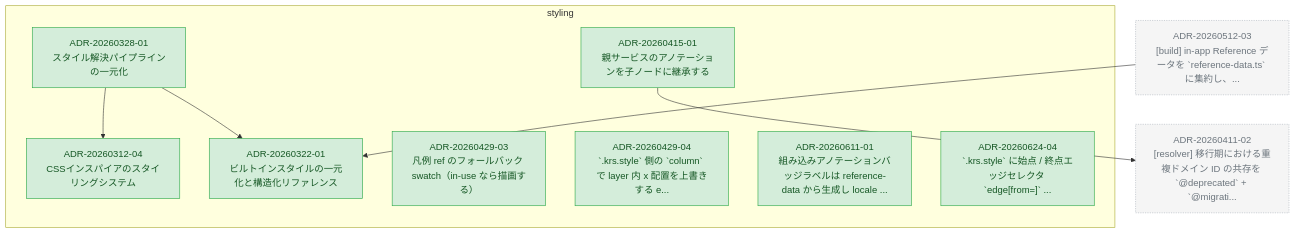
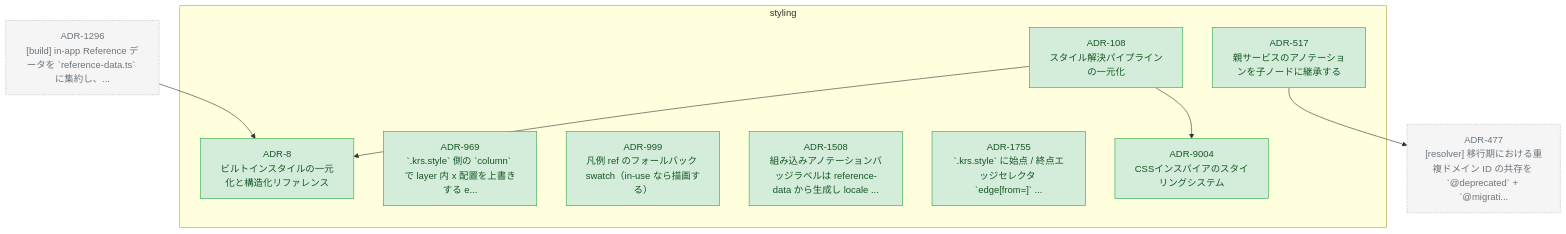
One commit to kompiro/karasu changed the diagram in docs/adr/graph/styling.md. Above: the diagram before and after it, drawn with Mermaid. The commit also changed 836 other files, not shown here.

````diff
--- a/docs/adr/graph/styling.md
+++ b/docs/adr/graph/styling.md
@@ -6,36 +6,36 @@
 ```mermaid
 flowchart TD
   subgraph styling["styling"]
-    ADR_20260312_04["ADR-20260312-04<br/>CSSインスパイアのスタイリングシステム"]
-    ADR_20260322_01["ADR-20260322-01<br/>ビルトインスタイルの一元化と構造化リファレンス"]
-    ADR_20260328_01["ADR-20260328-01<br/>スタイル解決パイプラインの一元化"]
-    ADR_20260415_01["ADR-20260415-01<br/>親サービスのアノテーションを子ノードに継承する"]
-    ADR_20260429_03["ADR-20260429-03<br/>凡例 ref のフォールバック swatch（in-use なら描画する）"]
-    ADR_20260429_04["ADR-20260429-04<br/>`.krs.style` 側の `column` で layer 内 x 配置を上書きする e..."]
-    ADR_20260611_01["ADR-20260611-01<br/>組み込みアノテーションバッジラベルは reference-data から生成し locale ..."]
-    ADR_20260624_04["ADR-20260624-04<br/>`.krs.style` に始点 / 終点エッジセレクタ `edge[from=<id>]` ..."]
+    ADR_8["ADR-8<br/>ビルトインスタイルの一元化と構造化リファレンス"]
+    ADR_108["ADR-108<br/>スタイル解決パイプラインの一元化"]
+    ADR_517["ADR-517<br/>親サービスのアノテーションを子ノードに継承する"]
+    ADR_969["ADR-969<br/>`.krs.style` 側の `column` で layer 内 x 配置を上書きする e..."]
+    ADR_999["ADR-999<br/>凡例 ref のフォールバック swatch（in-use なら描画する）"]
+    ADR_1508["ADR-1508<br/>組み込みアノテーションバッジラベルは reference-data から生成し locale ..."]
+    ADR_1755["ADR-1755<br/>`.krs.style` に始点 / 終点エッジセレクタ `edge[from=<id>]` ..."]
+    ADR_9004["ADR-9004<br/>CSSインスパイアのスタイリングシステム"]
   end
-  ADR_20260411_02["ADR-20260411-02<br/>[resolver] 移行期における重複ドメイン ID の共存を `@deprecated` + `@migrati..."]
-  ADR_20260512_03["ADR-20260512-03<br/>[build] in-app Reference データを `reference-data.ts` に集約し、..."]
-  ADR_20260328_01 --> ADR_20260312_04
-  ADR_20260328_01 --> ADR_20260322_01
-  ADR_20260415_01 --> ADR_20260411_02
-  ADR_20260512_03 --> ADR_20260322_01
+  ADR_477["ADR-477<br/>[resolver] 移行期における重複ドメイン ID の共存を `@deprecated` + `@migrati..."]
+  ADR_1296["ADR-1296<br/>[build] in-app Reference データを `reference-data.ts` に集約し、..."]
+  ADR_108 --> ADR_9004
+  ADR_108 --> ADR_8
+  ADR_517 --> ADR_477
+  ADR_1296 --> ADR_8
 
   classDef accepted fill:#d4edda,stroke:#28a745,color:#155724
   classDef proposed fill:#fff3cd,stroke:#ffc107,color:#856404
   classDef deprecated fill:#f8d7da,stroke:#dc3545,color:#721c24
   classDef superseded fill:#e2e3e5,stroke:#6c757d,color:#383d41
   classDef not_adopted fill:#e2e3e5,stroke:#6c757d,color:#383d41,stroke-dasharray:3 3
   classDef ghost fill:#f5f5f5,stroke:#adb5bd,color:#6c757d,stroke-dasharray:2 2
-  class ADR_20260312_04 accepted
-  class ADR_20260322_01 accepted
-  class ADR_20260328_01 accepted
-  class ADR_20260415_01 accepted
-  class ADR_20260429_03 accepted
-  class ADR_20260429_04 accepted
-  class ADR_20260611_01 accepted
-  class ADR_20260624_04 accepted
-  class ADR_20260411_02 ghost
-  class ADR_20260512_03 ghost
+  class ADR_8 accepted
+  class ADR_108 accepted
+  class ADR_517 accepted
+  class ADR_969 accepted
+  class ADR_999 accepted
+  class ADR_1508 accepted
+  class ADR_1755 accepted
+  class ADR_9004 accepted
+  class ADR_477 ghost
+  class ADR_1296 ghost
 ```
````
